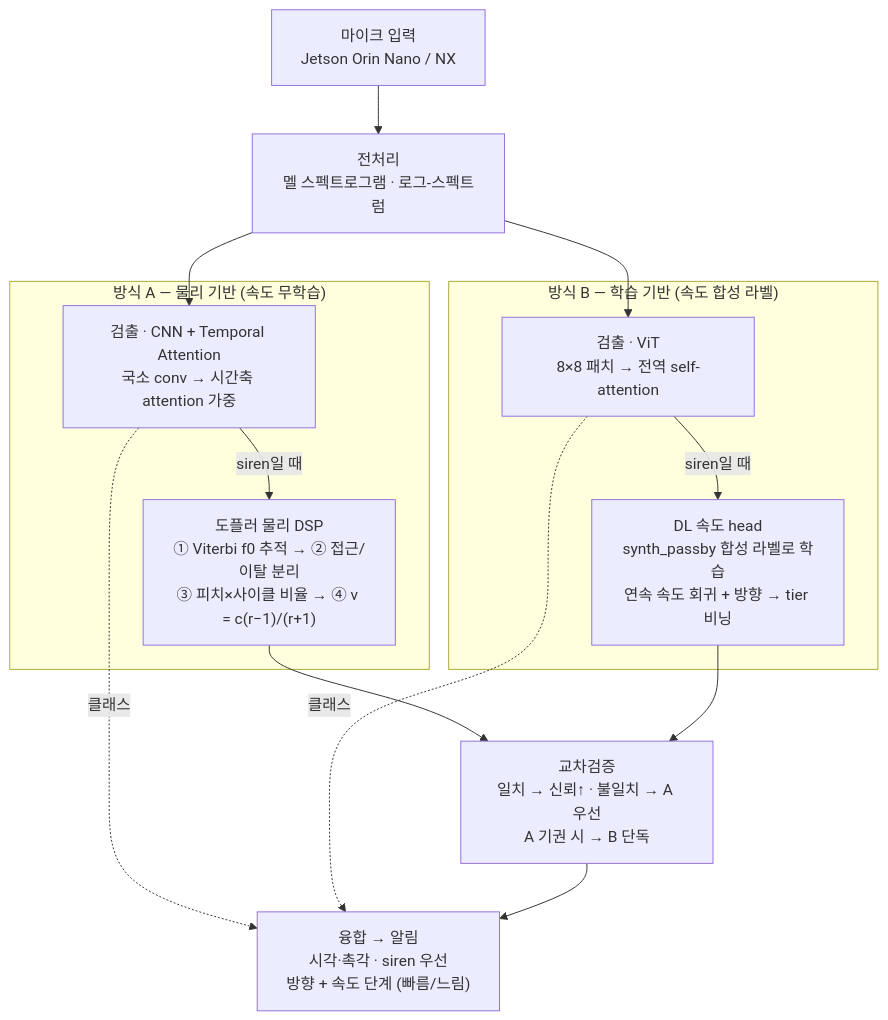
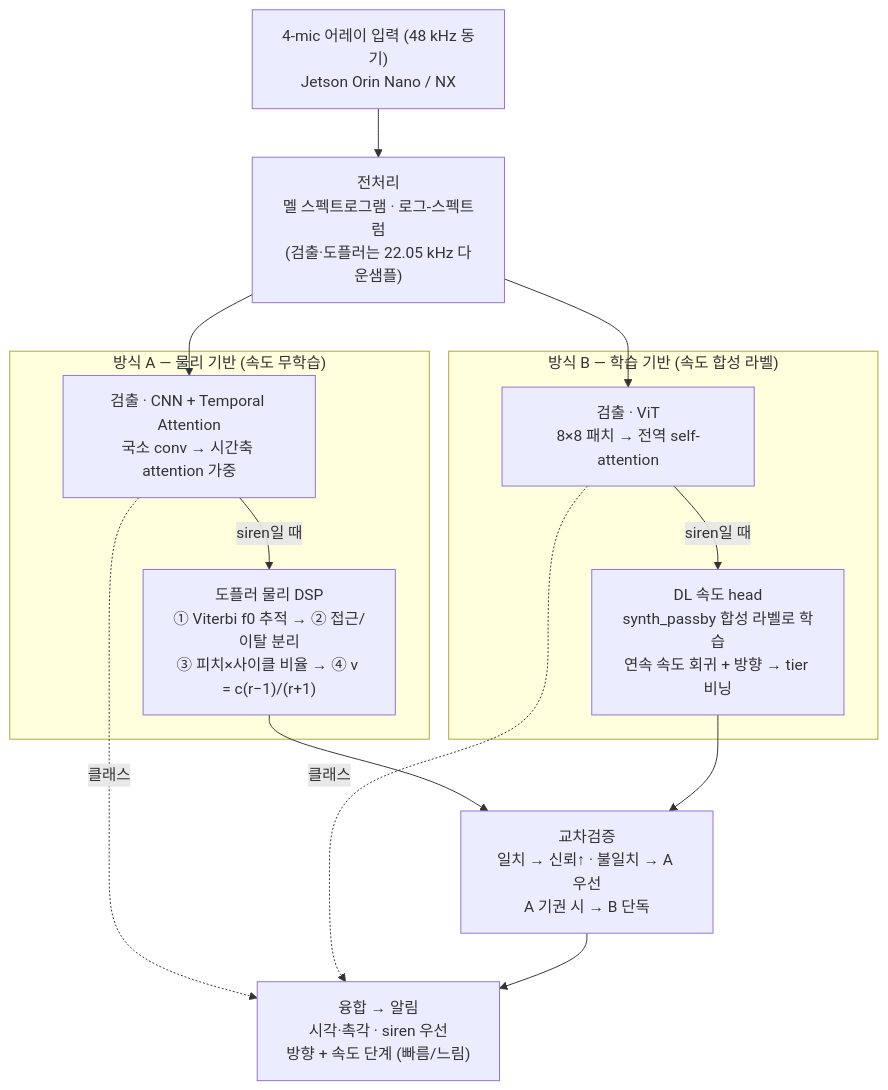
One commit to EmergencySoundAssist/ViT-CNN-Attention changed the diagram in README.md. Above: the diagram before and after it, drawn with Mermaid. The commit also changed other lines of this file and 3 other files, not shown here.

First line of the commit message:
docs: 4-mic 어레이 확정 + 처리 실시간/경보 지연 분리 — 지연 예산 설계

````diff
--- a/README.md
+++ b/README.md
@@ -27,20 +27,20 @@
 ```mermaid
 flowchart TD
-    MIC["마이크 입력<br/>Jetson Orin Nano / NX"] --> PRE["전처리<br/>멜 스펙트로그램 · 로그-스펙트럼"]
+    MIC["4-mic 어레이 입력 (48 kHz 동기)<br/>Jetson Orin Nano / NX"] --> PRE["전처리<br/>멜 스펙트로그램 · 로그-스펙트럼<br/>(검출·도플러는 22.05 kHz 다운샘플)"]
 
     subgraph MA["방식 A — 물리 기반 (속도 무학습)"]
         A1["검출 · CNN + Temporal Attention<br/>국소 conv → 시간축 attention 가중"] -->|"siren일 때"| A2["도플러 물리 DSP<br/>① Viterbi f0 추적 → ② 접근/이탈 분리<br/>③ 피치×사이클 비율 → ④ v = c(r−1)/(r+1)"]
     end
 
     subgraph MB["방식 B — 학습 기반 (속도 합성 라벨)"]
         B1["검출 · ViT<br/>8×8 패치 → 전역 self-attention"] -->|"siren일 때"| B2["DL 속도 head<br/>synth_passby 합성 라벨로 학습<br/>연속 속도 회귀 + 방향 → tier 비닝"]
     end
 
     PRE --> A1
     PRE --> B1
     A2 --> XV["교차검증<br/>일치 → 신뢰↑ · 불일치 → A 우선<br/>A 기권 시 → B 단독"]
     B2 --> XV
     A1 -.->|"클래스"| FUSE
     B1 -.->|"클래스"| FUSE
     XV --> FUSE["융합 → 알림<br/>시각·촉각 · siren 우선<br/>방향 + 속도 단계 (빠름/느림)"]
 ```
````
